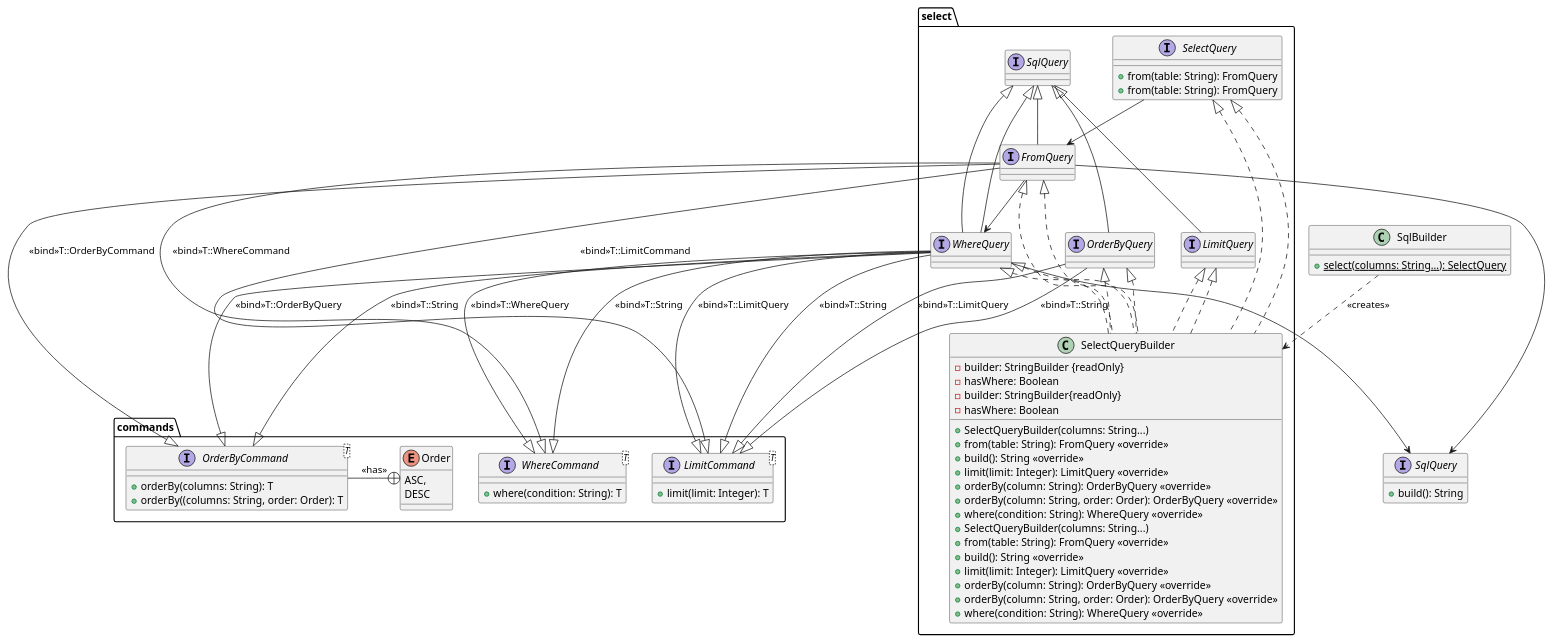
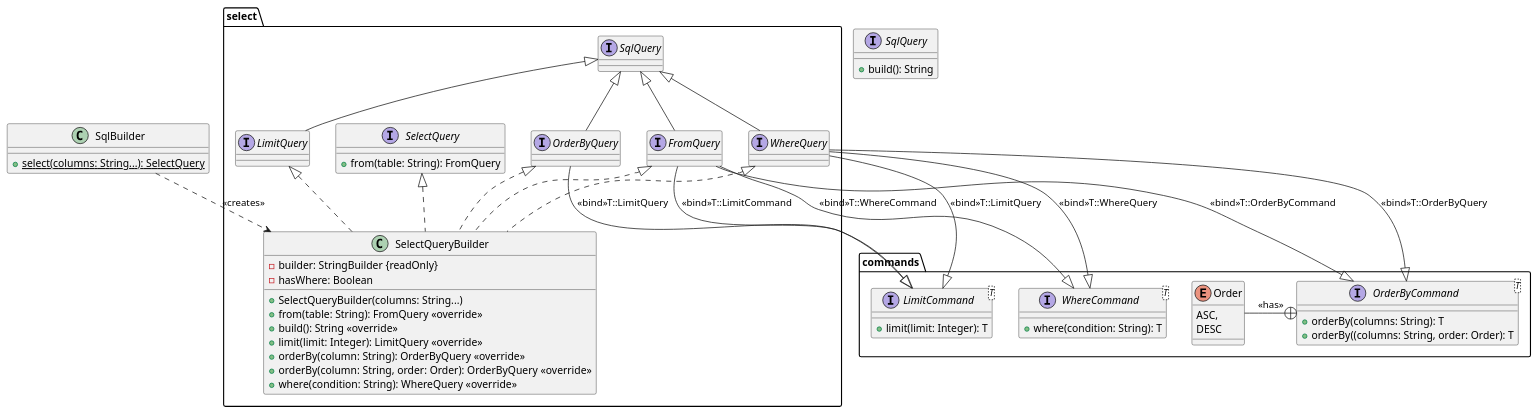
The diagram in uml/class.puml (RedSkyi/SqlBuilder), drawn with PlantUML before and after one commit.

Commit message:
Change direction of relation between Order and OrderByCommand

```diff
--- a/uml/class.puml
+++ b/uml/class.puml
@@ -1,103 +1,71 @@
 @startuml
 
 
 'https://plantuml.com/class-diagram
 
 package commands {
 
     interface WhereCommand<T> {
        +where(condition: String): T
     }
 
     interface LimitCommand<T>{
         +limit(limit: Integer): T
     }
 
     interface OrderByCommand<T> {
         +orderBy(columns: String): T
         +orderBy((columns: String, order: Order): T
     }
-    OrderByCommand -+ Order : <<has>>
+    Order -+ OrderByCommand : <<has>>
 
     enum Order {
         ASC,
         DESC
     }
 }
 
 package select {
     class SelectQueryBuilder implements SelectQuery, FromQuery, LimitQuery, OrderByQuery, WhereQuery {
         -builder: StringBuilder {readOnly}
         -hasWhere: Boolean
         +SelectQueryBuilder(columns: String...)
         +from(table: String): FromQuery <<override>>
         +build(): String <<override>>
         +limit(limit: Integer): LimitQuery <<override>>
         +orderBy(column: String): OrderByQuery <<override>>
         +orderBy(column: String, order: Order): OrderByQuery <<override>>
         +where(condition: String): WhereQuery <<override>>
     }
 
     interface SelectQuery {
         +from(table: String): FromQuery
     }
 
     interface FromQuery extends SqlQuery
     FromQuery --|> WhereCommand : <<bind>>T::WhereCommand
     FromQuery --|> OrderByCommand : <<bind>>T::OrderByCommand
     FromQuery --|> LimitCommand : <<bind>>T::LimitCommand
 
     interface WhereQuery extends SqlQuery
     WhereQuery --|> WhereCommand : <<bind>>T::WhereQuery
     WhereQuery --|> OrderByCommand : <<bind>>T::OrderByQuery
     WhereQuery --|> LimitCommand : <<bind>>T::LimitQuery
 
     interface OrderByQuery extends SqlQuery
     OrderByQuery --|> LimitCommand : <<bind>>T::LimitQuery
 
     interface LimitQuery extends SqlQuery
-    OrderByQuery --|> LimitCommand : <<bind>>T::String
-    interface OrderByQuery
-    interface SelectQuery {
-        +from(table: String): FromQuery
-    }
-
-    class SelectQueryBuilder implements SelectQuery, FromQuery, LimitQuery, OrderByQuery, WhereQuery {
-        -builder: StringBuilder{readOnly}
-        -hasWhere: Boolean
-        +SelectQueryBuilder(columns: String...)
-        +from(table: String): FromQuery <<override>>
-        +build(): String <<override>>
-        +limit(limit: Integer): LimitQuery <<override>>
-        +orderBy(column: String): OrderByQuery <<override>>
-        +orderBy(column: String, order: Order): OrderByQuery <<override>>
-        +where(condition: String): WhereQuery <<override>>
-    }
-
-    WhereQuery --|> WhereCommand : <<bind>>T::String
-    WhereQuery --|> OrderByCommand : <<bind>>T::String
-    WhereQuery --|> LimitCommand : <<bind>>T::String
-    interface WhereQuery extends SqlQuery
-
 }
 
 interface SqlQuery {
     +build(): String
 }
 
 class SqlBuilder{
     {static}+select(columns: String...): SelectQuery
 }
 
-
 SqlBuilder ..> SelectQueryBuilder: <<creates>>
 
-
-
-'Relation je suis pas sur'
-WhereQuery --> SqlQuery
-FromQuery --> SqlQuery
-FromQuery --> WhereQuery
-SelectQuery --> FromQuery
-
 @enduml
```
